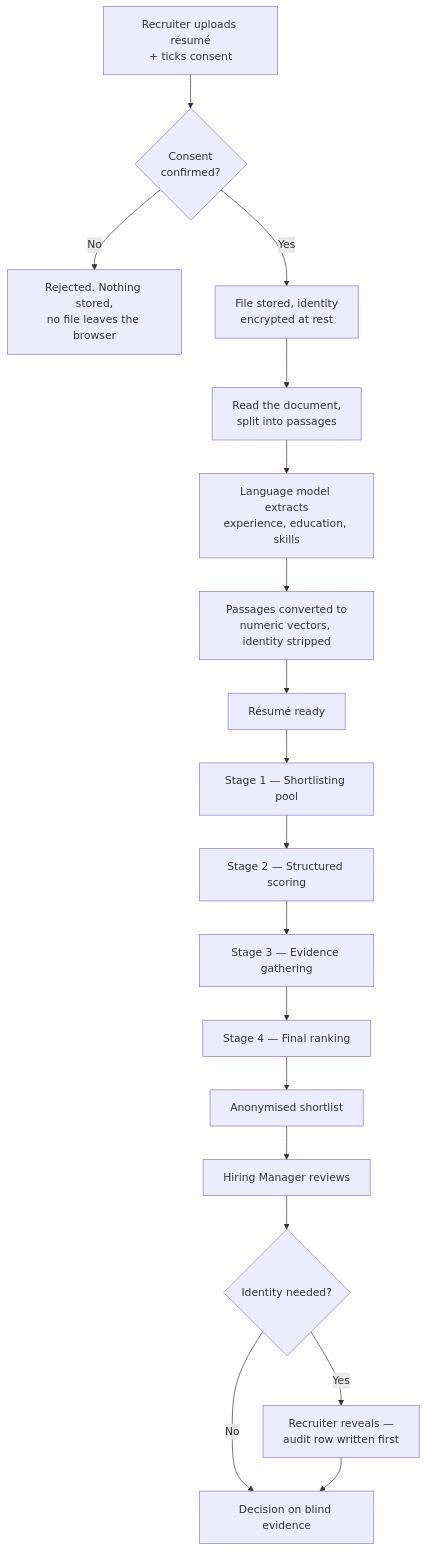
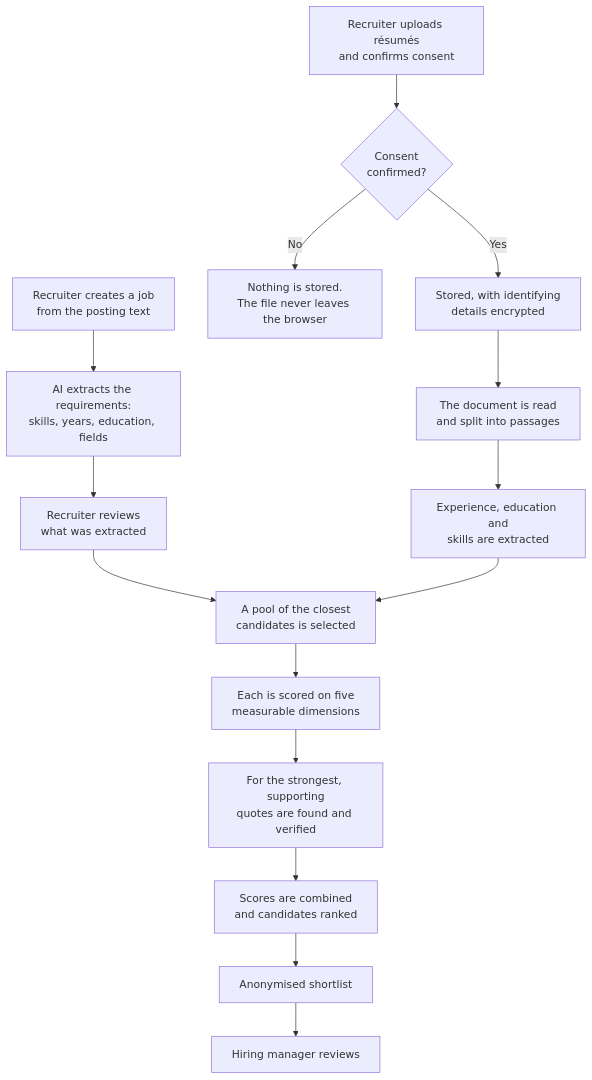
One commit to humanaxiom/recruiter-assistant changed the first of 2 diagrams in docs/process/ranking-metrics-explainer.md. Above: the diagram before and after it, drawn with Mermaid. The commit also changed other lines of this file and 1 other file, not shown here.

First line of the commit message:
docs: rewrite the HR explainer for its audience, and add the missing job side (#70)

````diff
--- a/docs/process/ranking-metrics-explainer.md
+++ b/docs/process/ranking-metrics-explainer.md
@@ -196,21 +69,19 @@
 ```mermaid
 flowchart TD
-  U["Recruiter uploads résumé<br/>+ ticks consent"] --> CG{"Consent<br/>confirmed?"}
-  CG -->|No| STOP["Rejected. Nothing stored,<br/>no file leaves the browser"]
-  CG -->|Yes| ST["File stored, identity<br/>encrypted at rest"]
-  ST --> P["Read the document,<br/>split into passages"]
-  P --> LLM["Language model extracts<br/>experience, education, skills"]
-  LLM --> EMB["Passages converted to<br/>numeric vectors, identity stripped"]
-  EMB --> RDY["Résumé ready"]
+  JD["Recruiter creates a job<br/>from the posting text"] --> JX["AI extracts the requirements:<br/>skills, years, education, fields"]
+  JX --> JREV["Recruiter reviews<br/>what was extracted"]
+  JREV --> POOL
 
-  RDY --> S1["Stage 1 — Shortlisting pool"]
-  S1 --> S2["Stage 2 — Structured scoring"]
-  S2 --> S3["Stage 3 — Evidence gathering"]
-  S3 --> S4["Stage 4 — Final ranking"]
+  U["Recruiter uploads résumés<br/>and confirms consent"] --> CG{"Consent<br/>confirmed?"}
+  CG -->|No| STOP["Nothing is stored.<br/>The file never leaves the browser"]
+  CG -->|Yes| ST["Stored, with identifying<br/>details encrypted"]
+  ST --> P["The document is read<br/>and split into passages"]
+  P --> LLM["Experience, education and<br/>skills are extracted"]
+  LLM --> POOL["A pool of the closest<br/>candidates is selected"]
+
+  POOL --> S2["Each is scored on five<br/>measurable dimensions"]
+  S2 --> S3["For the strongest, supporting<br/>quotes are found and verified"]
+  S3 --> S4["Scores are combined<br/>and candidates ranked"]
   S4 --> SL["Anonymised shortlist"]
-  SL --> HM["Hiring Manager reviews"]
-  HM --> REV{"Identity needed?"}
-  REV -->|Yes| AUD["Recruiter reveals —<br/>audit row written first"]
-  REV -->|No| DEC["Decision on blind evidence"]
-  AUD --> DEC
+  SL --> HM["Hiring manager reviews"]
 ```
````
